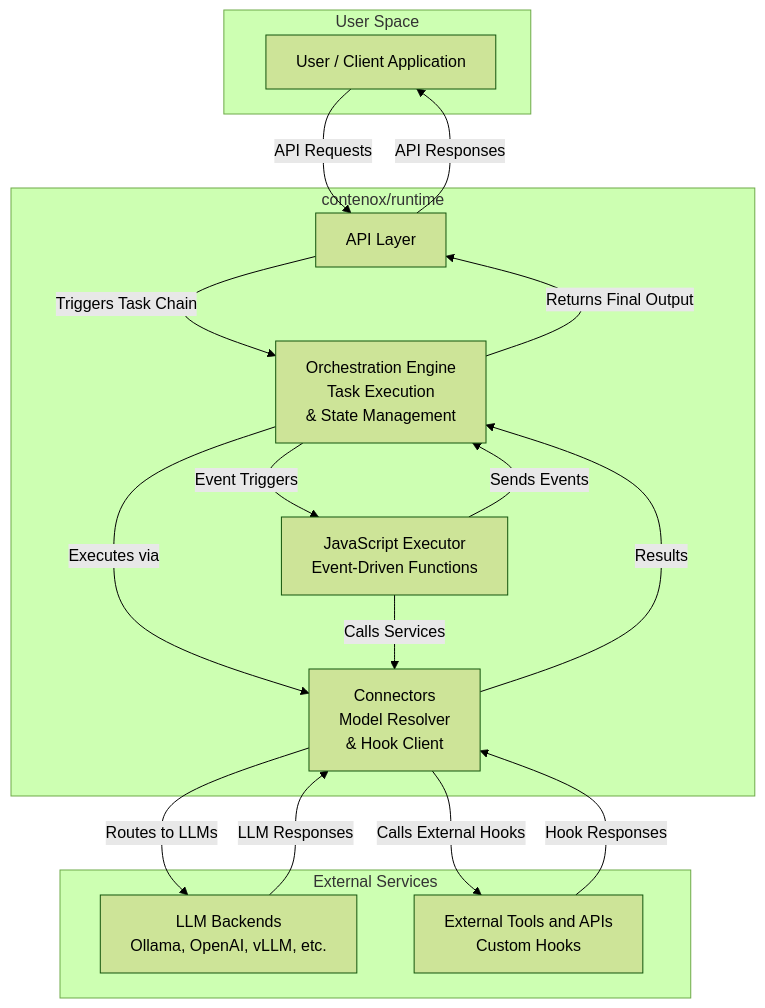
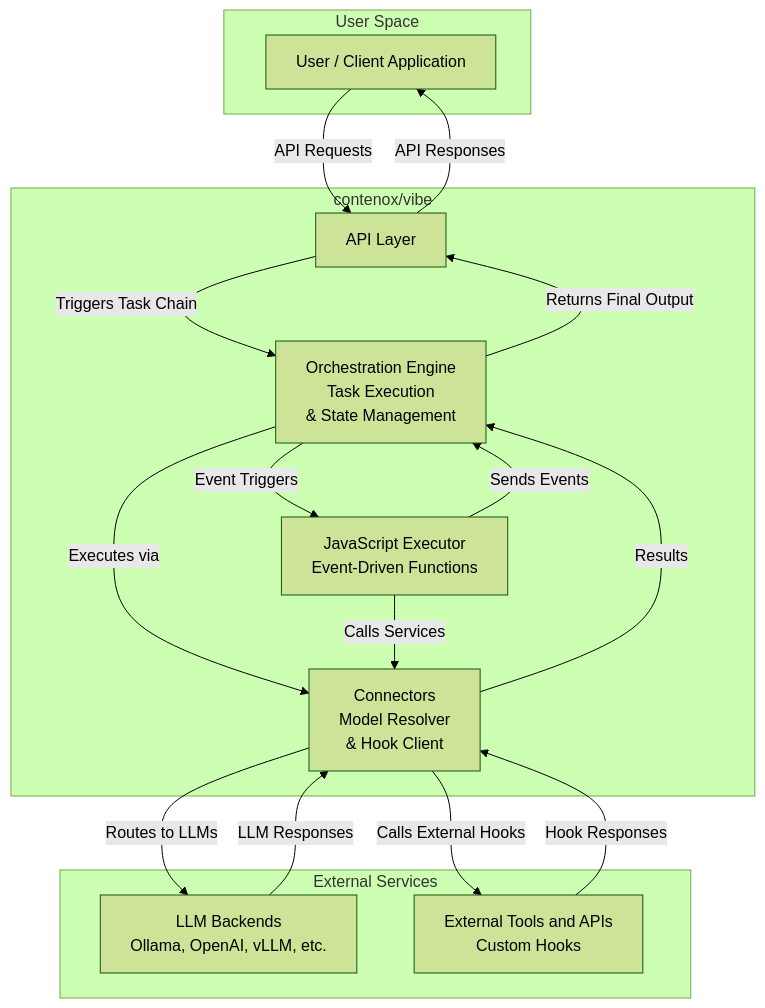
One commit to contenox/contenox changed the second of 2 diagrams in README.md. Above: the diagram before and after it, drawn with Mermaid (forest theme). The commit also changed other lines of this file and 185 other files, not shown here.

````diff
--- a/README.md
+++ b/README.md
@@ -207,36 +207,36 @@
 ```mermaid
 graph TD
     subgraph "User Space"
         U[User / Client Application]
     end
 
-    subgraph "contenox/runtime"
+    subgraph "contenox/vibe"
         API[API Layer]
         OE["Orchestration Engine <br/> Task Execution <br/> & State Management"]
         CONN["Connectors <br/> Model Resolver <br/> & Hook Client"]
         JS["JavaScript Executor <br/> Event-Driven Functions"]
     end
 
     subgraph "External Services"
         LLM[LLM Backends <br/> Ollama, OpenAI, vLLM, etc.]
         HOOK[External Tools and APIs <br/> Custom Hooks]
     end
 
     %% --- Data Flow ---
     U -- API Requests --> API
     API -- Triggers Task Chain --> OE
     OE -- Executes via --> CONN
     CONN -- Routes to LLMs --> LLM
     CONN -- Calls External Hooks --> HOOK
 
     LLM -- LLM Responses --> CONN
     HOOK -- Hook Responses --> CONN
     CONN -- Results --> OE
     OE -- Returns Final Output --> API
     API -- API Responses --> U
 
     %% JavaScript Execution Flow
     OE -- Event Triggers --> JS
     JS -- Sends Events --> OE
     JS -- Calls Services --> CONN
 ```
````
